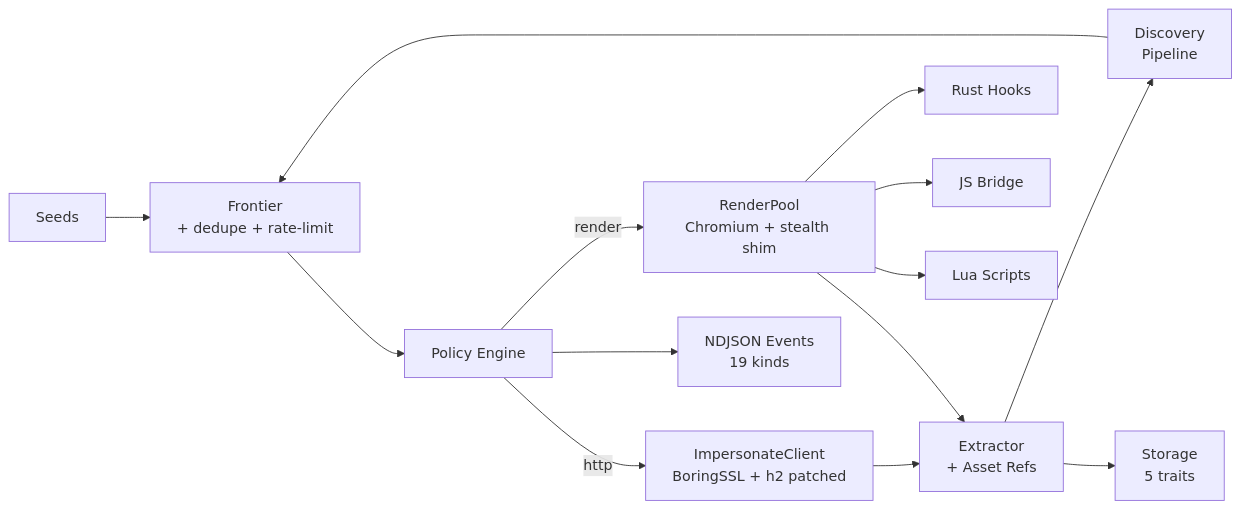
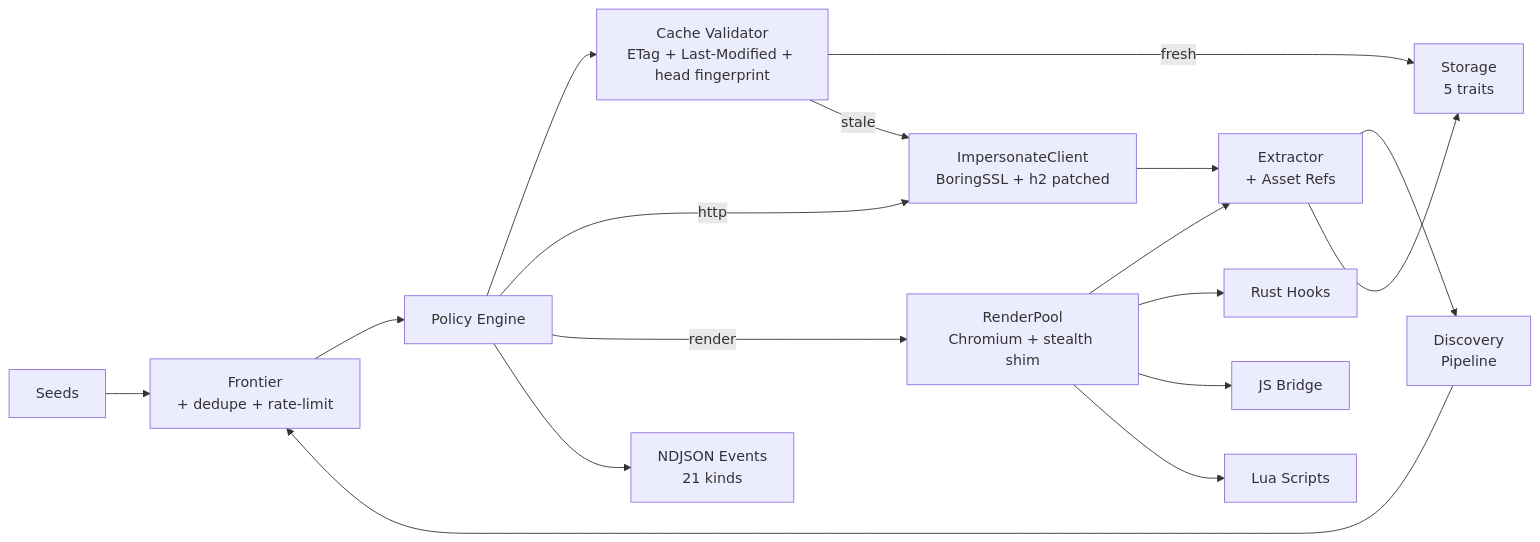
The diagram in README.md (forattini-dev/crawlex), drawn with Mermaid before and after one commit. The commit also changed other lines of this file and 60 other files, not shown here.

````diff
--- a/README.md
+++ b/README.md
@@ -428,16 +470,19 @@
 ```mermaid
 flowchart LR
   S[Seeds] --> Q[Frontier<br/>+ dedupe + rate-limit]
   Q --> P[Policy Engine]
-  P -->|http| F[ImpersonateClient<br/>BoringSSL + h2 patched]
+  P --> C[Cache Validator<br/>ETag + Last-Modified + head fingerprint]
+  C -->|fresh| ST[Storage<br/>5 traits]
+  C -->|stale| F[ImpersonateClient<br/>BoringSSL + h2 patched]
+  P -->|http| F
   P -->|render| R[RenderPool<br/>Chromium + stealth shim]
   F --> X[Extractor<br/>+ Asset Refs]
   R --> X
   X --> D[Discovery<br/>Pipeline]
-  X --> ST[Storage<br/>5 traits]
+  X --> ST
   D --> Q
-  P --> EV[NDJSON Events<br/>19 kinds]
+  P --> EV[NDJSON Events<br/>21 kinds]
   R --> H1[Rust Hooks]
   R --> H2[JS Bridge]
   R --> H3[Lua Scripts]
 ```
````
